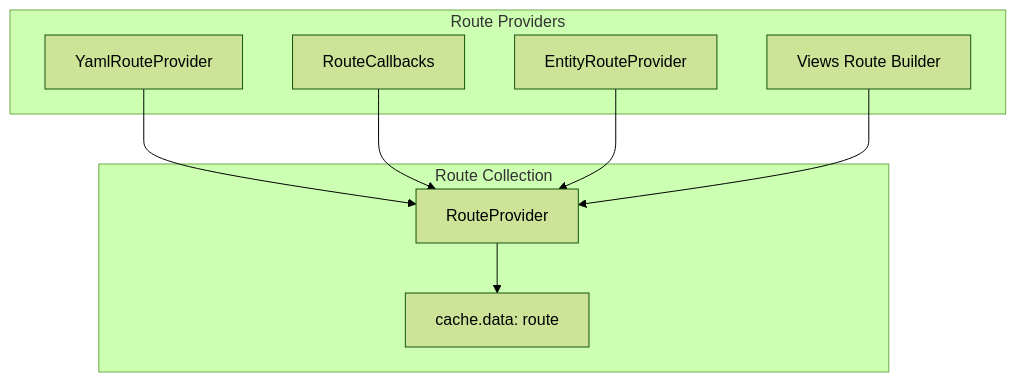
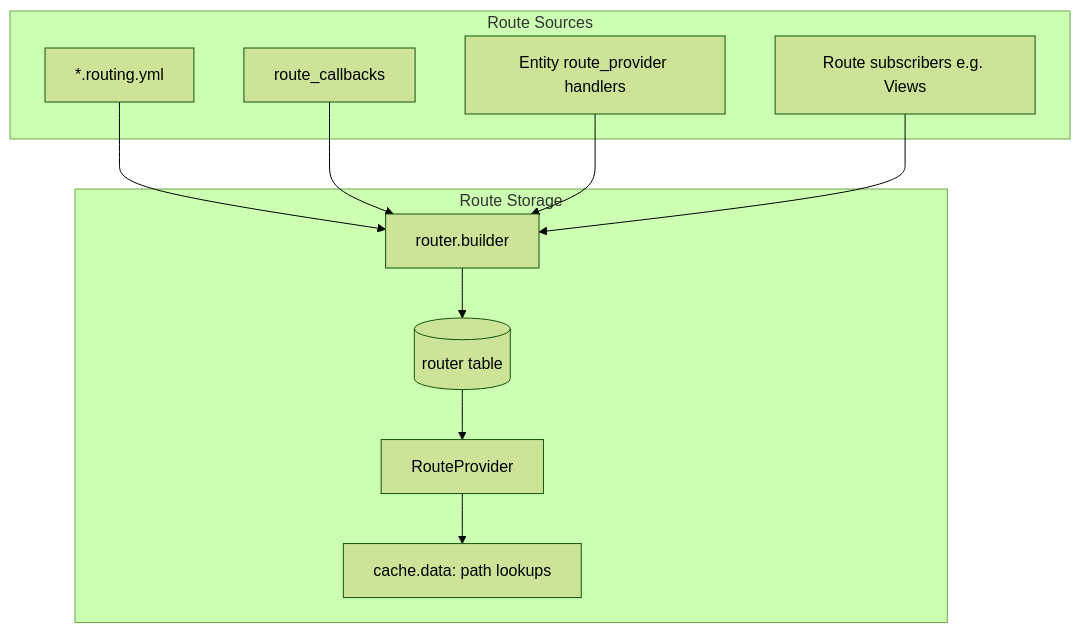
One commit to amitmaity/drupal-docs changed the first of 2 diagrams in docs/internals/routing.md. Above: the diagram before and after it, drawn with Mermaid (forest theme). The commit also changed other lines of this file and 83 other files, not shown here.

````diff
--- a/docs/internals/routing.md
+++ b/docs/internals/routing.md
@@ -40,20 +40,24 @@
 ```mermaid
 graph TB
-    subgraph providers [Route Providers]
-        YML[YamlRouteProvider]
-        RC[RouteCallbacks]
-        EN[EntityRouteProvider]
-        VW[Views Route Builder]
+    subgraph providers [Route Sources]
+        YML["*.routing.yml"]
+        RC[route_callbacks]
+        EN[Entity route_provider handlers]
+        VW[Route subscribers e.g. Views]
     end
 
-    subgraph storage [Route Collection]
+    subgraph storage [Route Storage]
+        RB[router.builder]
+        TBL[(router table)]
         RP[RouteProvider]
-        CACHE[cache.data: route]
+        CACHE[cache.data: path lookups]
     end
 
-    YML --> RP
-    RC --> RP
-    EN --> RP
-    VW --> RP
+    YML --> RB
+    RC --> RB
+    EN --> RB
+    VW --> RB
+    RB --> TBL
+    TBL --> RP
     RP --> CACHE
 ```
````
